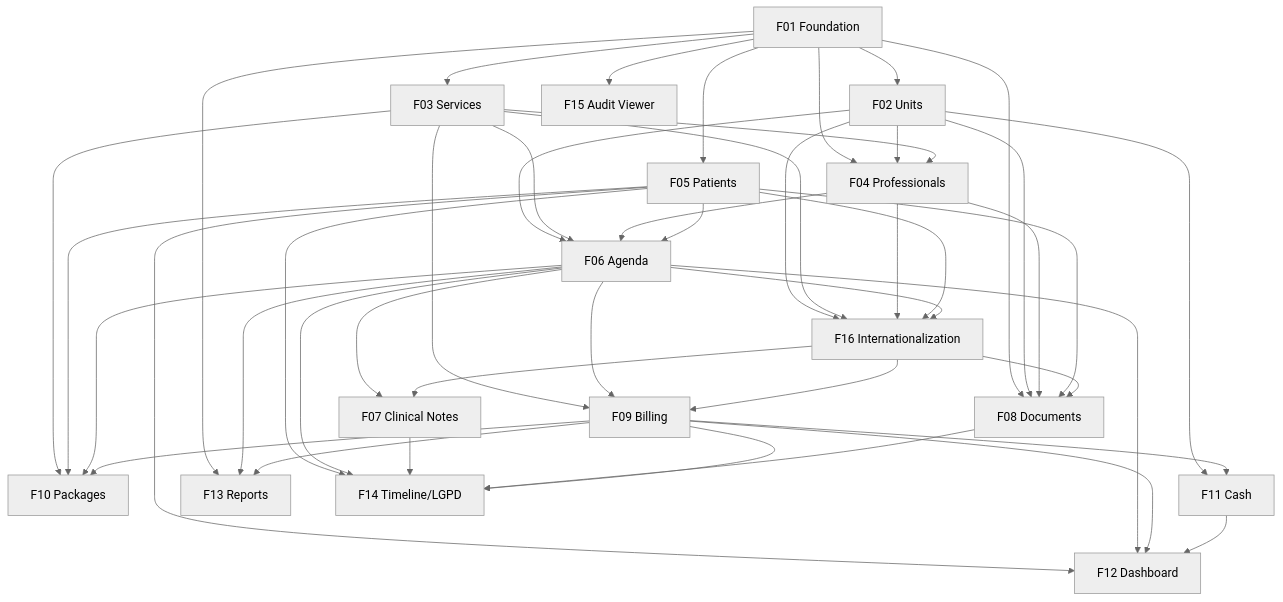
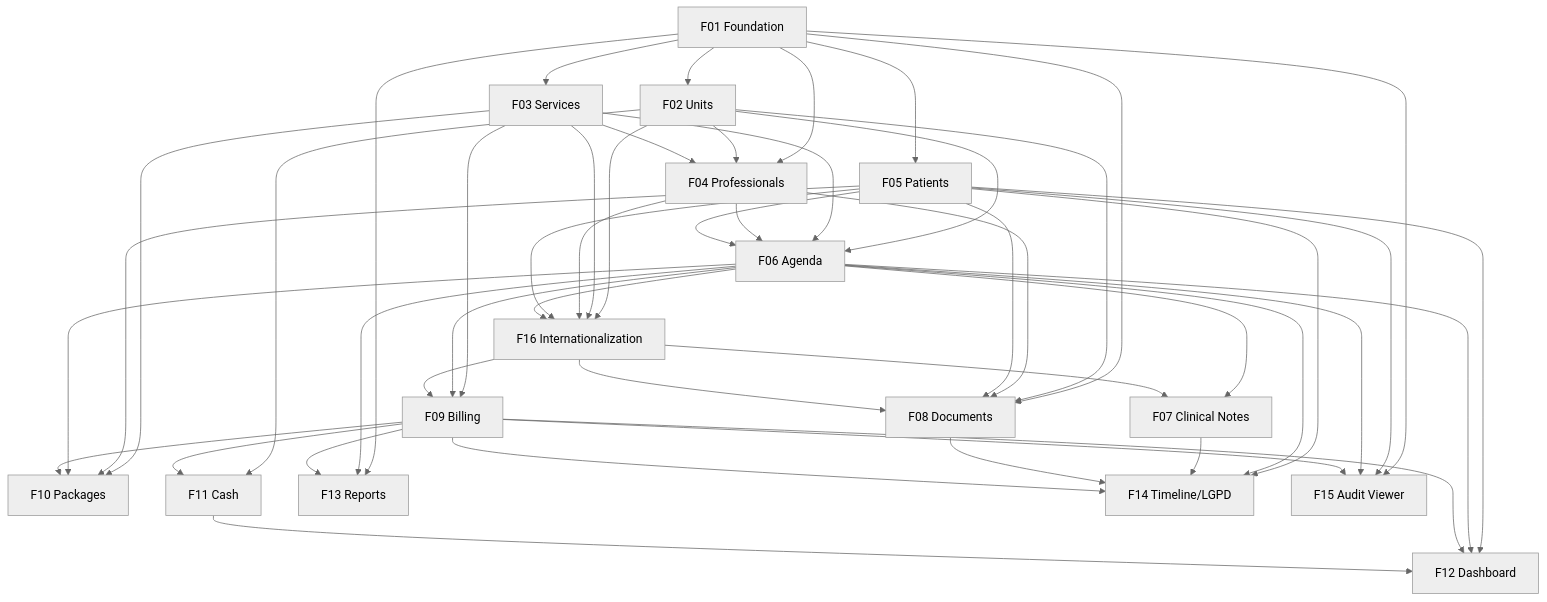
The diagram in docs/prd.en.md (dennysvf/GCli), drawn with Mermaid (neutral theme) before and after one commit. The commit also changed other lines of this file and 121 other files, not shown here.

First line of the commit message:
feat(privacy): patient timeline and LGPD data requests [F14] (#32)

````diff
--- a/docs/prd.en.md
+++ b/docs/prd.en.md
@@ -903,47 +910,50 @@
 ```mermaid
 graph TD
   F01[F01 Foundation] --> F02[F02 Units]
   F01 --> F03[F03 Services]
   F01 --> F04[F04 Professionals]
   F02 --> F04
   F03 --> F04
   F01 --> F05[F05 Patients]
   F02 --> F06[F06 Agenda]
   F03 --> F06
   F04 --> F06
   F05 --> F06
   F06 --> F07[F07 Clinical Notes]
   F01 --> F08[F08 Documents]
   F02 --> F08
   F04 --> F08
   F05 --> F08
   F03 --> F09[F09 Billing]
   F06 --> F09
   F03 --> F10[F10 Packages]
   F05 --> F10
   F06 --> F10
   F09 --> F10
   F02 --> F11[F11 Cash]
   F09 --> F11
   F05 --> F12[F12 Dashboard]
   F06 --> F12
   F09 --> F12
   F11 --> F12
   F01 --> F13[F13 Reports]
   F06 --> F13
   F09 --> F13
   F05 --> F14[F14 Timeline/LGPD]
   F06 --> F14
   F07 --> F14
   F08 --> F14
   F09 --> F14
   F01 --> F15[F15 Audit Viewer]
+  F05 --> F15
+  F06 --> F15
+  F09 --> F15
   F02 --> F16[F16 Internationalization]
   F03 --> F16
   F04 --> F16
   F05 --> F16
   F06 --> F16
   F16 --> F07
   F16 --> F08
   F16 --> F09
 ```
````
